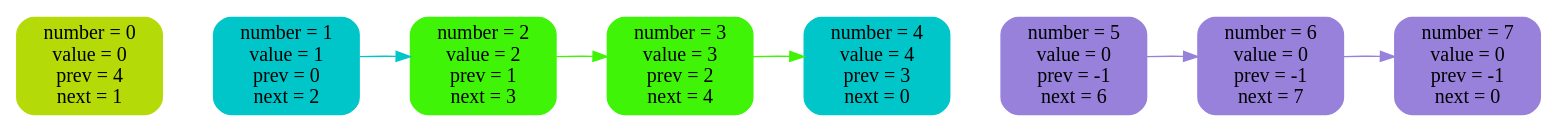
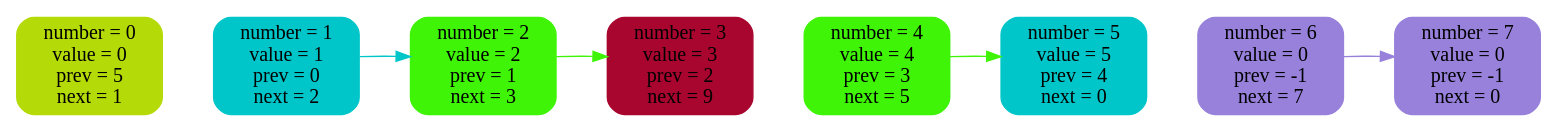
Before and after one commit to 2210223t-lang/2-linked-list: the diagram in list_log/img/6.dot, drawn with Graphviz. The commit also changed 8 other files, not shown here.

```diff
--- a/list_log/img/6.dot
+++ b/list_log/img/6.dot
@@ -1,23 +1,22 @@
 digraph {
 rankdir = LR
-n0 [ label = "number = 0\nvalue = 0\nprev = 4\nnext = 1", shape = Mrecord, fontsize = 14,style = filled, color = "#b4da08" ]
+n0 [ label = "number = 0\nvalue = 0\nprev = 5\nnext = 1", shape = Mrecord, fontsize = 14,style = filled, color = "#b4da08" ]
 n1 [ label = "number = 1\nvalue = 1\nprev = 0\nnext = 2", shape = Mrecord, fontsize = 14,style = filled, color = "#00c6c9" ]
 n2 [ label = "number = 2\nvalue = 2\nprev = 1\nnext = 3", shape = Mrecord, fontsize = 14,style = filled, color = "#3ff407" ]
-n3 [ label = "number = 3\nvalue = 3\nprev = 2\nnext = 4", shape = Mrecord, fontsize = 14,style = filled, color = "#3ff407" ]
-n4 [ label = "number = 4\nvalue = 4\nprev = 3\nnext = 0", shape = Mrecord, fontsize = 14,style = filled, color = "#00c6c9" ]
-n5 [ label = "number = 5\nvalue = 0\nprev = -1\nnext = 6", shape = Mrecord, fontsize = 14,style = filled, color = "#9781db" ]
+n3 [ label = "number = 3\nvalue = 3\nprev = 2\nnext = 9", shape = Mrecord, fontsize = 14,style = filled, color = "#a9062f" ]
+n4 [ label = "number = 4\nvalue = 4\nprev = 3\nnext = 5", shape = Mrecord, fontsize = 14,style = filled, color = "#3ff407" ]
+n5 [ label = "number = 5\nvalue = 5\nprev = 4\nnext = 0", shape = Mrecord, fontsize = 14,style = filled, color = "#00c6c9" ]
 n6 [ label = "number = 6\nvalue = 0\nprev = -1\nnext = 7", shape = Mrecord, fontsize = 14,style = filled, color = "#9781db" ]
 n7 [ label = "number = 7\nvalue = 0\nprev = -1\nnext = 0", shape = Mrecord, fontsize = 14,style = filled, color = "#9781db" ]
 n0 -> n1 [ style = invis, weight = 100 ]
 n1 -> n2 [ style = invis, weight = 100 ]
 n2 -> n3 [ style = invis, weight = 100 ]
 n3 -> n4 [ style = invis, weight = 100 ]
 n4 -> n5 [ style = invis, weight = 100 ]
 n5 -> n6 [ style = invis, weight = 100 ]
 n6 -> n7 [ style = invis, weight = 100 ]
 n1 -> n2 [style = filled, color = "#00c6c9" ]
 n2 -> n3 [style = filled, color = "#3ff407" ]
-n3 -> n4 [style = filled, color = "#3ff407" ]
-n5 -> n6 [style = filled, color = "#9781db" ]
+n4 -> n5 [style = filled, color = "#3ff407" ]
 n6 -> n7 [style = filled, color = "#9781db" ]
 }
```
